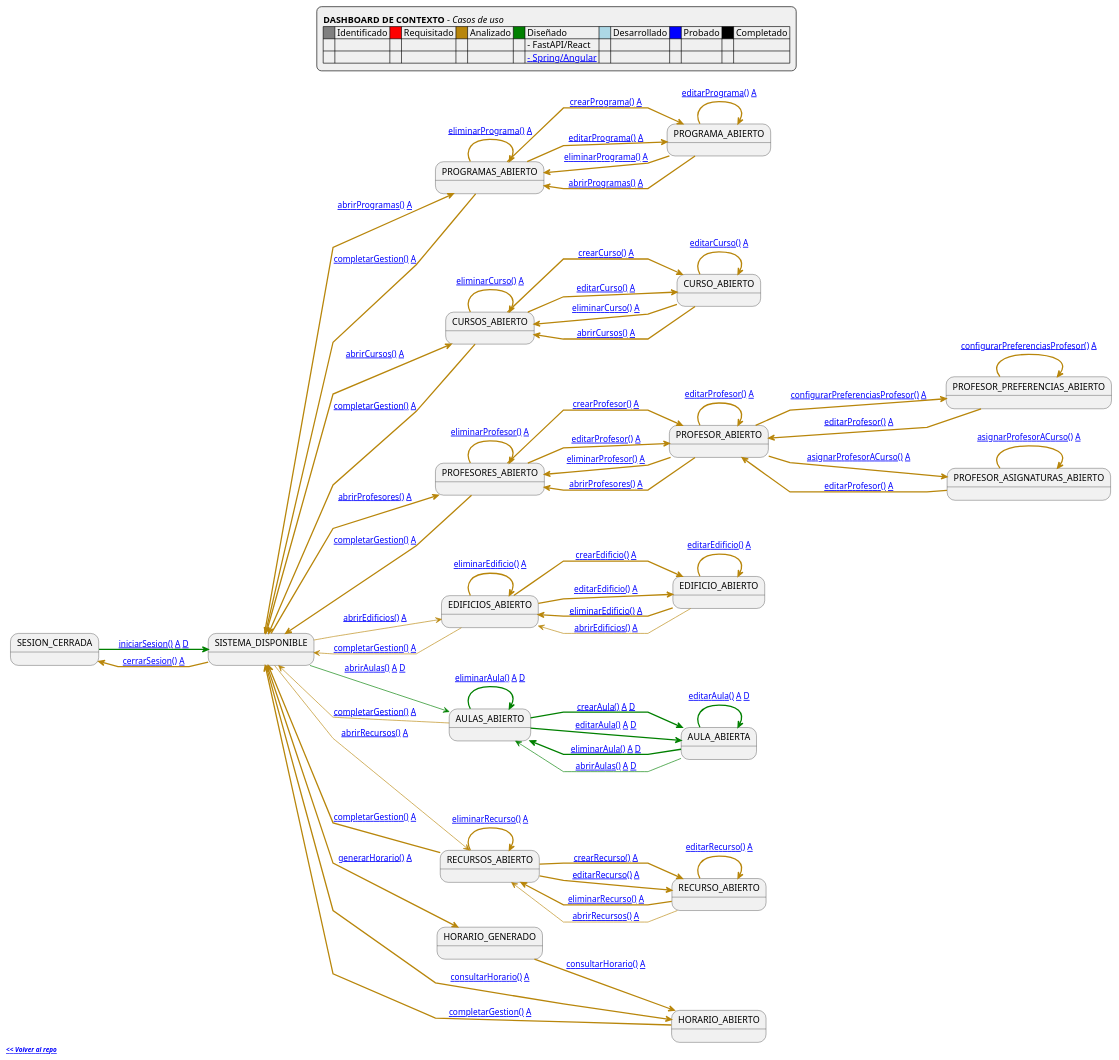
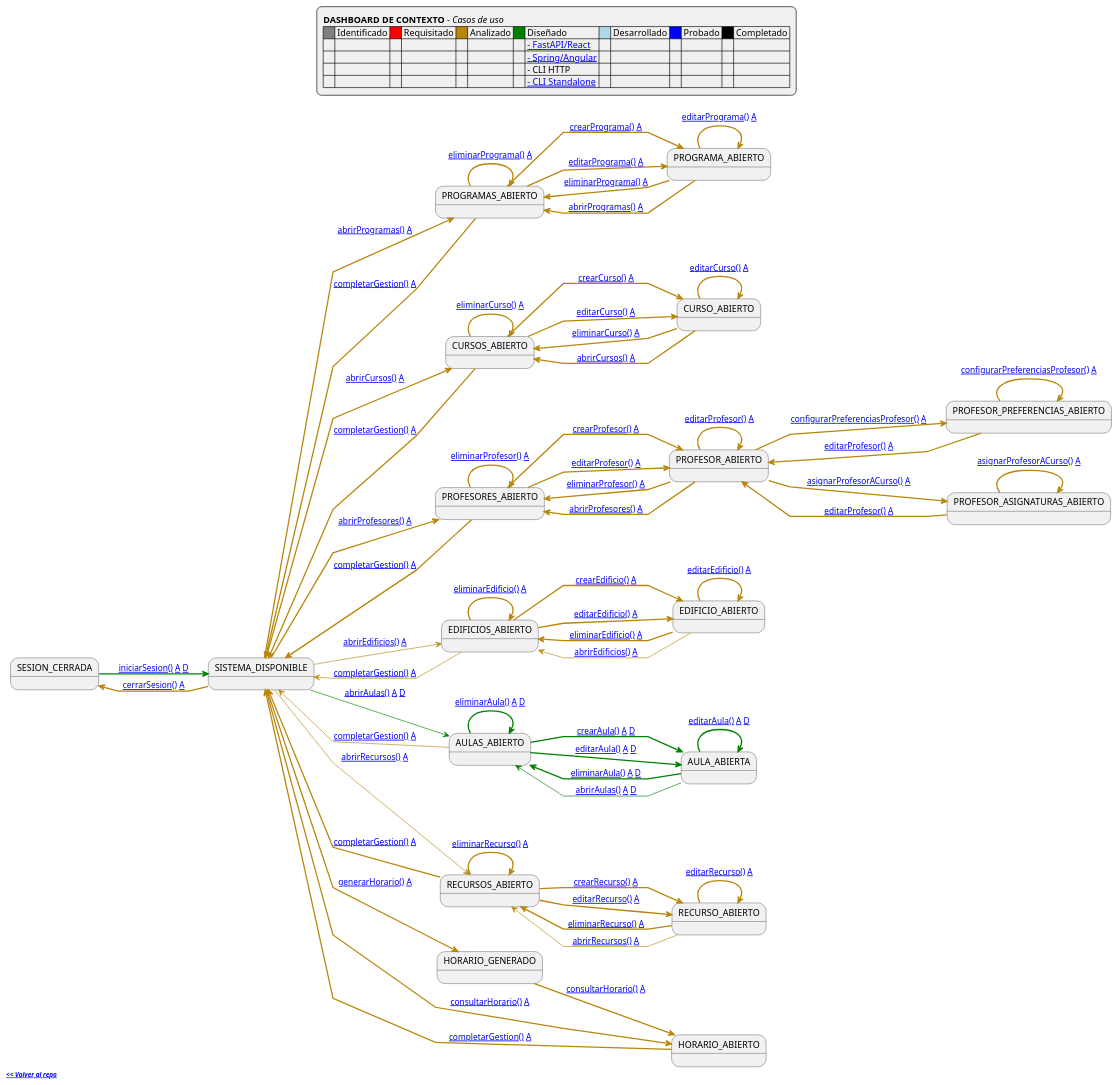
Before and after one commit to mmasias/pySigHor: the diagram in RUP/99-seguimiento/diagrama-contexto-administrador.puml, drawn with PlantUML.

Commit message:
feat: actualizar leyenda y enlaces [D] dashboard CLI HTTP

```diff
--- a/RUP/99-seguimiento/diagrama-contexto-administrador.puml
+++ b/RUP/99-seguimiento/diagrama-contexto-administrador.puml
@@ -19,10 +19,12 @@
     **DASHBOARD DE CONTEXTO** - <i>Casos de uso</i>
     '====
     |<#gray>     | Identificado |<#red>     | Requisitado |<#darkgoldenrod>     | Analizado |<#green>     | Diseñado |<#lightblue>     | Desarrollado |<#blue>     | Probado |<#black>     | Completado |
-    | | | | | | | | - FastAPI/React |
+    | | | | | | | | [[https://raw.githubusercontent.com/mmasias/pySigHor/diseño-fastapi-react/images/RUP/99-seguimiento/diagrama-contexto-administrador.svg - FastAPI/React]] |
     | | | | | | | | [[https://raw.githubusercontent.com/mmasias/pySigHor/diseño-spring-angular/images/RUP/99-seguimiento/diagrama-contexto-administrador.svg - Spring/Angular]] |
+    | | | | | | | | - CLI HTTP |
+    | | | | | | | | [[https://raw.githubusercontent.com/mmasias/pySigHor/diseño-cli-python-standalone/images/RUP/99-seguimiento/diagrama-contexto-administrador.svg - CLI Standalone]] |
     '====
-    '[**nombreCasoUso()**] -> Especificación detallada / [**A**] -> Análisis MVC / [**D**] -> Diseño
+    '[**nombreCasoUso()**] -> Especificación detallada / [**A**] -> Análisis MVC / [**D**] -> Diseño (disponible en ramas específicas)
     '====
 end legend
 
@@ -51,14 +53,14 @@
 state "HORARIO_GENERADO" as Generacion
 state "HORARIO_ABIERTO" as Consulta
 
-NoAuth -[#green,thickness=2]-> Menu: [[https://github.com/mmasias/pySigHor/blob/main/RUP/00-casos-uso/02-detalle/iniciarSesion/README.md iniciarSesion()]] [[https://github.com/mmasias/pySigHor/blob/main/RUP/01-analisis/casos-uso/iniciarSesion/README.md A]] [[https://github.com/mmasias/pySigHor/blob/diseño-fastapi-react/RUP/02-diseño/casos-uso/iniciarSesion/README.md D]]
+NoAuth -[#green,thickness=2]-> Menu: [[https://github.com/mmasias/pySigHor/blob/main/RUP/00-casos-uso/02-detalle/iniciarSesion/README.md iniciarSesion()]] [[https://github.com/mmasias/pySigHor/blob/main/RUP/01-analisis/casos-uso/iniciarSesion/README.md A]] [[https://github.com/mmasias/pySigHor/blob/diseño-cli-python-http/RUP/02-diseño/casos-uso/iniciarSesion/README.md D]]
 
 Menu -[#darkgoldenrod,thickness=2]-> NoAuth: [[https://github.com/mmasias/pySigHor/blob/main/RUP/00-casos-uso/02-detalle/cerrarSesion/README.md cerrarSesion()]] [[https://github.com/mmasias/pySigHor/blob/main/RUP/01-analisis/casos-uso/cerrarSesion/README.md A]]
 Menu -[#darkgoldenrod,thickness=2]-> ListProgramas: [[https://github.com/mmasias/pySigHor/blob/main/RUP/00-casos-uso/02-detalle/abrirProgramas/README.md abrirProgramas()]] [[https://github.com/mmasias/pySigHor/blob/main/RUP/01-analisis/casos-uso/abrirProgramas/README.md A]]
 Menu -[#darkgoldenrod,thickness=2]-> ListCursos: [[https://github.com/mmasias/pySigHor/blob/main/RUP/00-casos-uso/02-detalle/abrirCursos/README.md abrirCursos()]] [[https://github.com/mmasias/pySigHor/blob/main/RUP/01-analisis/casos-uso/abrirCursos/README.md A]]
 Menu -[#darkgoldenrod,thickness=2]-> ListProfesores: [[https://github.com/mmasias/pySigHor/blob/main/RUP/00-casos-uso/02-detalle/abrirProfesores/README.md abrirProfesores()]] [[https://github.com/mmasias/pySigHor/blob/main/RUP/01-analisis/casos-uso/abrirProfesores/README.md A]]
 Menu -[#darkgoldenrod]-> ListEdificios: [[https://github.com/mmasias/pySigHor/blob/main/RUP/00-casos-uso/02-detalle/abrirEdificios/README.md abrirEdificios()]] [[https://github.com/mmasias/pySigHor/blob/main/RUP/01-analisis/casos-uso/abrirEdificios/README.md A]]
-Menu -[#green]-> ListAulas: [[https://github.com/mmasias/pySigHor/blob/main/RUP/00-casos-uso/02-detalle/abrirAulas/README.md abrirAulas()]] [[https://github.com/mmasias/pySigHor/blob/main/RUP/01-analisis/casos-uso/abrirAulas/README.md A]] [[https://github.com/mmasias/pySigHor/blob/diseño-fastapi-react/RUP/02-diseño/casos-uso/abrirAulas/README.md D]]
+Menu -[#green]-> ListAulas: [[https://github.com/mmasias/pySigHor/blob/main/RUP/00-casos-uso/02-detalle/abrirAulas/README.md abrirAulas()]] [[https://github.com/mmasias/pySigHor/blob/main/RUP/01-analisis/casos-uso/abrirAulas/README.md A]] [[https://github.com/mmasias/pySigHor/blob/diseño-cli-python-http/RUP/02-diseño/casos-uso/abrirAulas/README.md D]]
 Menu -[#darkgoldenrod]-> ListRecursos: [[https://github.com/mmasias/pySigHor/blob/main/RUP/00-casos-uso/02-detalle/abrirRecursos/README.md abrirRecursos()]] [[https://github.com/mmasias/pySigHor/blob/main/RUP/01-analisis/casos-uso/abrirRecursos/README.md A]]
 Menu -[#darkgoldenrod,bold]-> Generacion: [[https://github.com/mmasias/pySigHor/blob/main/RUP/00-casos-uso/02-detalle/generarHorario/README.md generarHorario()]] [[https://github.com/mmasias/pySigHor/blob/main/RUP/01-analisis/casos-uso/generarHorario/README.md A]]
 Menu -[#darkgoldenrod,bold]-> Consulta: [[https://github.com/mmasias/pySigHor/blob/main/RUP/00-casos-uso/02-detalle/consultarHorario/README.md consultarHorario()]] [[https://github.com/mmasias/pySigHor/blob/main/RUP/01-analisis/casos-uso/consultarHorario/README.md A]]
@@ -94,12 +96,12 @@
 EditEdificio -[#darkgoldenrod,bold]-> EditEdificio: [[https://github.com/mmasias/pySigHor/blob/main/RUP/00-casos-uso/02-detalle/editarEdificio/README.md editarEdificio()]] [[https://github.com/mmasias/pySigHor/blob/main/RUP/01-analisis/casos-uso/editarEdificio/README.md A]]
 EditEdificio -[#darkgoldenrod,bold]-> ListEdificios: [[https://github.com/mmasias/pySigHor/blob/main/RUP/00-casos-uso/02-detalle/eliminarEdificio/README.md eliminarEdificio()]] [[https://github.com/mmasias/pySigHor/blob/main/RUP/01-analisis/casos-uso/eliminarEdificio/README.md A]]
 EditEdificio -[#darkgoldenrod]-> ListEdificios: [[https://github.com/mmasias/pySigHor/blob/main/RUP/00-casos-uso/02-detalle/abrirEdificios/README.md abrirEdificios()]] [[https://github.com/mmasias/pySigHor/blob/main/RUP/01-analisis/casos-uso/abrirEdificios/README.md A]]
-ListAulas -[#green,bold]-> EditAula: [[https://github.com/mmasias/pySigHor/blob/main/RUP/00-casos-uso/02-detalle/crearAula/README.md crearAula()]] [[https://github.com/mmasias/pySigHor/blob/main/RUP/01-analisis/casos-uso/crearAula/README.md A]] [[https://github.com/mmasias/pySigHor/blob/diseño-fastapi-react/RUP/02-diseño/casos-uso/crearAula/README.md D]]
-ListAulas -[#green,bold]-> EditAula: [[https://github.com/mmasias/pySigHor/blob/main/RUP/00-casos-uso/02-detalle/editarAula/README.md editarAula()]] [[https://github.com/mmasias/pySigHor/blob/main/RUP/01-analisis/casos-uso/editarAula/README.md A]] [[https://github.com/mmasias/pySigHor/blob/diseño-fastapi-react/RUP/02-diseño/casos-uso/editarAula/README.md D]]
-ListAulas -[#green,bold]-> ListAulas: [[https://github.com/mmasias/pySigHor/blob/main/RUP/00-casos-uso/02-detalle/eliminarAula/README.md eliminarAula()]] [[https://github.com/mmasias/pySigHor/blob/main/RUP/01-analisis/casos-uso/eliminarAula/README.md A]] [[https://github.com/mmasias/pySigHor/blob/diseño-fastapi-react/RUP/02-diseño/casos-uso/eliminarAula/README.md D]]
-EditAula -[#green,bold]-> EditAula: [[https://github.com/mmasias/pySigHor/blob/main/RUP/00-casos-uso/02-detalle/editarAula/README.md editarAula()]] [[https://github.com/mmasias/pySigHor/blob/main/RUP/01-analisis/casos-uso/editarAula/README.md A]] [[https://github.com/mmasias/pySigHor/blob/diseño-fastapi-react/RUP/02-diseño/casos-uso/editarAula/README.md D]]
-EditAula -[#green,bold]-> ListAulas: [[https://github.com/mmasias/pySigHor/blob/main/RUP/00-casos-uso/02-detalle/eliminarAula/README.md eliminarAula()]] [[https://github.com/mmasias/pySigHor/blob/main/RUP/01-analisis/casos-uso/eliminarAula/README.md A]] [[https://github.com/mmasias/pySigHor/blob/diseño-fastapi-react/RUP/02-diseño/casos-uso/eliminarAula/README.md D]]
-EditAula -[#green]-> ListAulas: [[https://github.com/mmasias/pySigHor/blob/main/RUP/00-casos-uso/02-detalle/abrirAulas/README.md abrirAulas()]] [[https://github.com/mmasias/pySigHor/blob/main/RUP/01-analisis/casos-uso/abrirAulas/README.md A]] [[https://github.com/mmasias/pySigHor/blob/diseño-fastapi-react/RUP/02-diseño/casos-uso/abrirAulas/README.md D]]
+ListAulas -[#green,bold]-> EditAula: [[https://github.com/mmasias/pySigHor/blob/main/RUP/00-casos-uso/02-detalle/crearAula/README.md crearAula()]] [[https://github.com/mmasias/pySigHor/blob/main/RUP/01-analisis/casos-uso/crearAula/README.md A]] [[https://github.com/mmasias/pySigHor/blob/diseño-cli-python-http/RUP/02-diseño/casos-uso/crearAula/README.md D]]
+ListAulas -[#green,bold]-> EditAula: [[https://github.com/mmasias/pySigHor/blob/main/RUP/00-casos-uso/02-detalle/editarAula/README.md editarAula()]] [[https://github.com/mmasias/pySigHor/blob/main/RUP/01-analisis/casos-uso/editarAula/README.md A]] [[https://github.com/mmasias/pySigHor/blob/diseño-cli-python-http/RUP/02-diseño/casos-uso/editarAula/README.md D]]
+ListAulas -[#green,bold]-> ListAulas: [[https://github.com/mmasias/pySigHor/blob/main/RUP/00-casos-uso/02-detalle/eliminarAula/README.md eliminarAula()]] [[https://github.com/mmasias/pySigHor/blob/main/RUP/01-analisis/casos-uso/eliminarAula/README.md A]] [[https://github.com/mmasias/pySigHor/blob/diseño-cli-python-http/RUP/02-diseño/casos-uso/eliminarAula/README.md D]]
+EditAula -[#green,bold]-> EditAula: [[https://github.com/mmasias/pySigHor/blob/main/RUP/00-casos-uso/02-detalle/editarAula/README.md editarAula()]] [[https://github.com/mmasias/pySigHor/blob/main/RUP/01-analisis/casos-uso/editarAula/README.md A]] [[https://github.com/mmasias/pySigHor/blob/diseño-cli-python-http/RUP/02-diseño/casos-uso/editarAula/README.md D]]
+EditAula -[#green,bold]-> ListAulas: [[https://github.com/mmasias/pySigHor/blob/main/RUP/00-casos-uso/02-detalle/eliminarAula/README.md eliminarAula()]] [[https://github.com/mmasias/pySigHor/blob/main/RUP/01-analisis/casos-uso/eliminarAula/README.md A]] [[https://github.com/mmasias/pySigHor/blob/diseño-cli-python-http/RUP/02-diseño/casos-uso/eliminarAula/README.md D]]
+EditAula -[#green]-> ListAulas: [[https://github.com/mmasias/pySigHor/blob/main/RUP/00-casos-uso/02-detalle/abrirAulas/README.md abrirAulas()]] [[https://github.com/mmasias/pySigHor/blob/main/RUP/01-analisis/casos-uso/abrirAulas/README.md A]] [[https://github.com/mmasias/pySigHor/blob/diseño-cli-python-http/RUP/02-diseño/casos-uso/abrirAulas/README.md D]]
 ListRecursos -[#darkgoldenrod,bold]-> EditRecurso: [[https://github.com/mmasias/pySigHor/blob/main/RUP/00-casos-uso/02-detalle/crearRecurso/README.md crearRecurso()]] [[https://github.com/mmasias/pySigHor/blob/main/RUP/01-analisis/casos-uso/crearRecurso/README.md A]]
 ListRecursos -[#darkgoldenrod,bold]-> EditRecurso: [[https://github.com/mmasias/pySigHor/blob/main/RUP/00-casos-uso/02-detalle/editarRecurso/README.md editarRecurso()]] [[https://github.com/mmasias/pySigHor/blob/main/RUP/01-analisis/casos-uso/editarRecurso/README.md A]]
 ListRecursos -[#darkgoldenrod,bold]-> ListRecursos: [[https://github.com/mmasias/pySigHor/blob/main/RUP/00-casos-uso/02-detalle/eliminarRecurso/README.md eliminarRecurso()]] [[https://github.com/mmasias/pySigHor/blob/main/RUP/01-analisis/casos-uso/eliminarRecurso/README.md A]]
```
